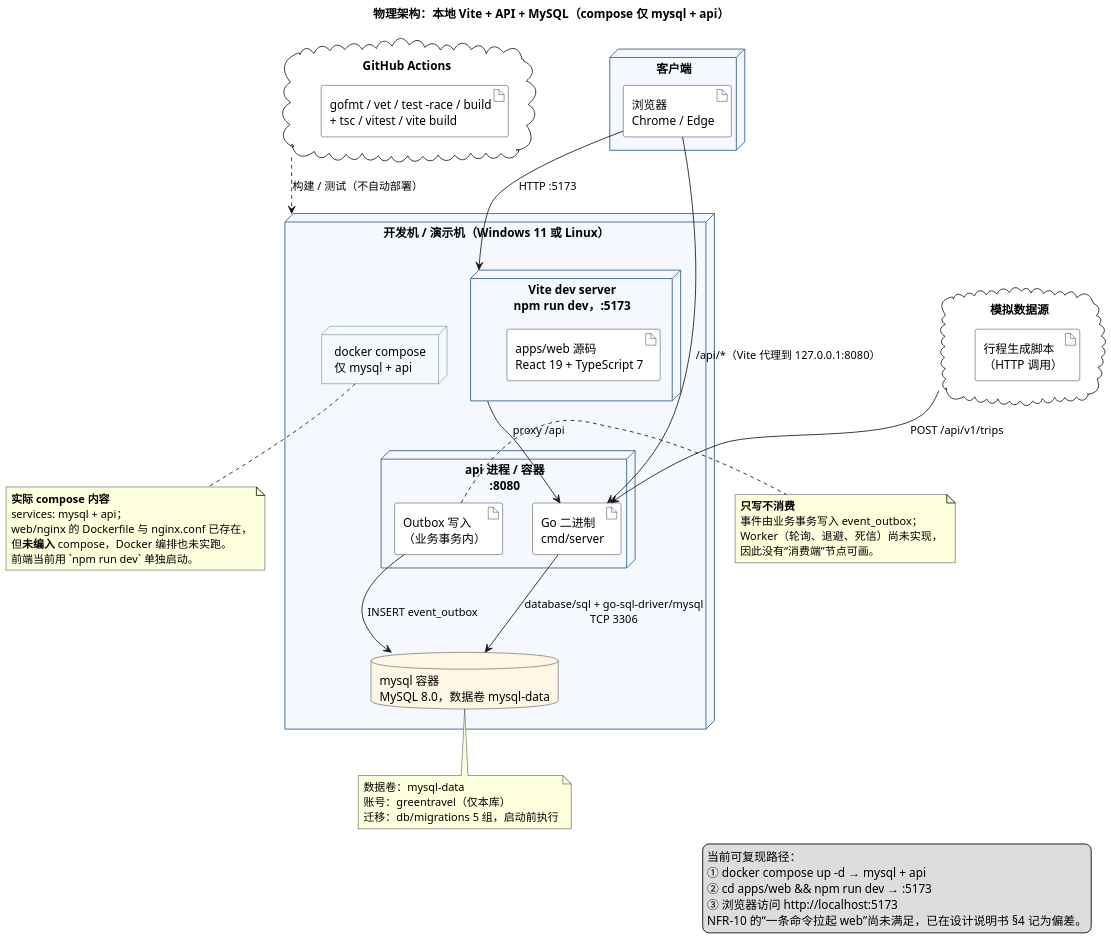
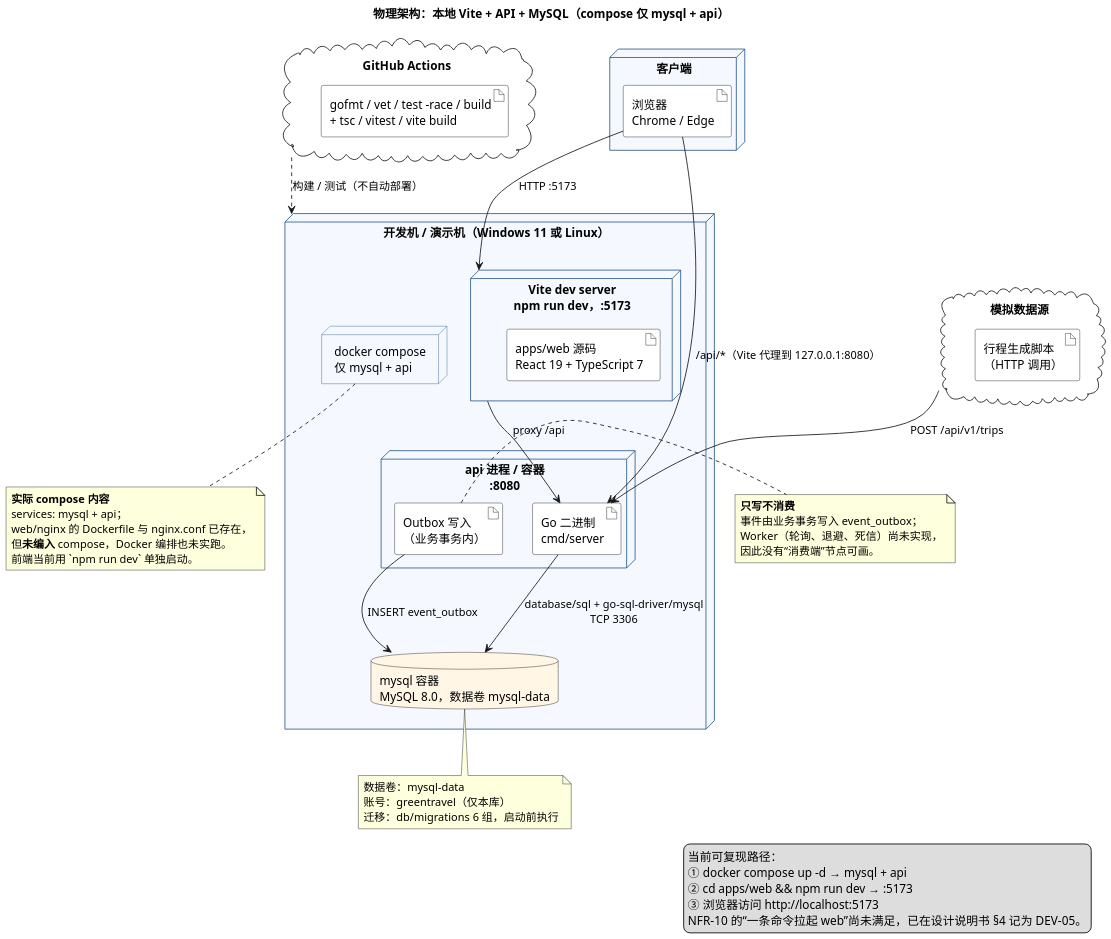
The diagram in docs/uml/06-部署图.puml (chiyan11/green-travel-points), drawn with PlantUML before and after one commit. The commit also changed 61 other files, not shown here.

First line of the commit message:
docs(report): 报告 v1.1 与 24 图 UML 同步

```diff
--- a/docs/uml/06-部署图.puml
+++ b/docs/uml/06-部署图.puml
@@ -1,83 +1,83 @@
-@startuml 图2-3 系统物理架构 部署图
+@startuml 图2-2 系统物理架构 部署图
 ' 依据：docs/设计规格说明书.md §2.1.3；deploy/docker-compose.yml（2026-11-24 实际内容）
 ' 事实：compose 只有 mysql + api；web 用 Vite dev server 单独启动；nginx 未编入；Worker 未实现
 
 skinparam defaultFontName "Microsoft YaHei"
 skinparam dpi 150
 skinparam shadowing false
 skinparam node {
   BackgroundColor #F5F9FF
   BorderColor #2E5C8A
 }
 skinparam databaseBackgroundColor #FFF6E5
 skinparam artifactBackgroundColor #FFFFFF
 
 title 物理架构：本地 Vite + API + MySQL（compose 仅 mysql + api）
 
 node "客户端" as client {
   artifact "浏览器\nChrome / Edge" as browser
 }
 
 node "开发机 / 演示机（Windows 11 或 Linux）" as host {
 
   node "Vite dev server\nnpm run dev，:5173" as vite {
     artifact "apps/web 源码\nReact 19 + TypeScript 7" as webapp
   }
 
   node "api 进程 / 容器\n:8080" as apinode {
     artifact "Go 二进制\ncmd/server" as apisvc
     artifact "Outbox 写入\n（业务事务内）" as outboxwrite
   }
 
   database "mysql 容器\nMySQL 8.0，数据卷 mysql-data" as mysql
 
   node "docker compose\n仅 mysql + api" as compose
 }
 
 cloud "GitHub Actions" as ci {
   artifact "gofmt / vet / test -race / build\n+ tsc / vitest / vite build" as pipeline
 }
 
 cloud "模拟数据源" as sim {
   artifact "行程生成脚本\n（HTTP 调用）" as gen
 }
 
 ' ---------- 通信 ----------
 browser --> vite : HTTP :5173
 browser --> apisvc : /api/*（Vite 代理到 127.0.0.1:8080）
 vite --> apisvc : proxy /api
 apisvc --> mysql : database/sql + go-sql-driver/mysql\nTCP 3306
 outboxwrite --> mysql : INSERT event_outbox
 sim --> apisvc : POST /api/v1/trips
 ci ..> host : 构建 / 测试（不自动部署）
 
 note right of outboxwrite
   **只写不消费**
   事件由业务事务写入 event_outbox；
   Worker（轮询、退避、死信）尚未实现，
   因此没有“消费端”节点可画。
 end note
 
 note bottom of mysql
   数据卷：mysql-data
   账号：greentravel（仅本库）
-  迁移：db/migrations 5 组，启动前执行
+  迁移：db/migrations 6 组，启动前执行
 end note
 
 note bottom of compose
   **实际 compose 内容**
   services: mysql + api；
   web/nginx 的 Dockerfile 与 nginx.conf 已存在，
   但**未编入** compose，Docker 编排也未实跑。
   前端当前用 `npm run dev` 单独启动。
 end note
 
 legend right
   当前可复现路径：
   ① docker compose up -d  → mysql + api
   ② cd apps/web && npm run dev → :5173
   ③ 浏览器访问 http://localhost:5173
-  NFR-10 的“一条命令拉起 web”尚未满足，已在设计说明书 §4 记为偏差。
+  NFR-10 的“一条命令拉起 web”尚未满足，已在设计说明书 §4 记为 DEV-05。
 endlegend
 
 @enduml
```
